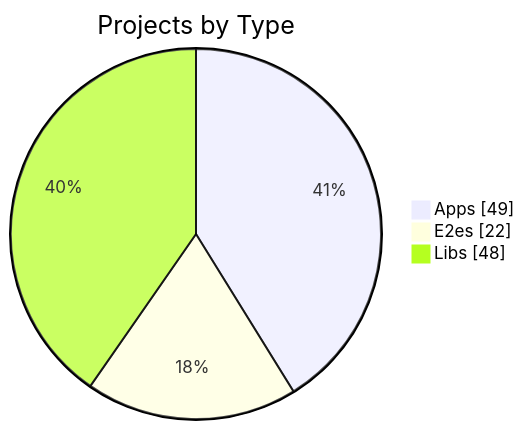
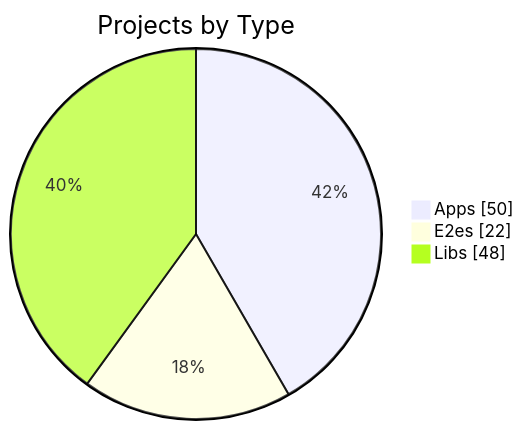
Before and after one commit to KBVE/kbve: the first of 3 diagrams in apps/kbve/astro-kbve/src/content/docs/dashboard/graph.mdx, drawn with Mermaid. The commit also changed other lines of this file and 8 other files, not shown here.

````diff
--- a/apps/kbve/astro-kbve/src/content/docs/dashboard/graph.mdx
+++ b/apps/kbve/astro-kbve/src/content/docs/dashboard/graph.mdx
@@ -56,7 +56,7 @@
 ```mermaid
 pie showData
     title Projects by Type
-    "Apps" : 49
+    "Apps" : 50
     "E2es" : 22
     "Libs" : 48
 ```
````
